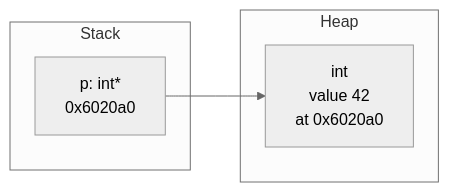
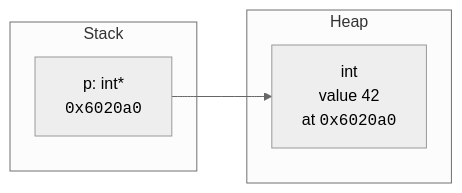
Before and after one commit to dataslope/dataslope: the first of 3 diagrams in content/learn/from-zero-to-cpp/dynamic-memory.mdx, drawn with Mermaid (neutral theme). The commit also changed 100 other files, not shown here.

First line of the commit message:
Wrap more code in diagram labels: filenames, hex, assignments, subgraph titles

````diff
--- a/content/learn/from-zero-to-cpp/dynamic-memory.mdx
+++ b/content/learn/from-zero-to-cpp/dynamic-memory.mdx
@@ -59,10 +59,10 @@
 ```mermaid
 flowchart LR
     subgraph Stack
-        P["p: int*<br/>0x6020a0"]
+        P["p: int*<br/><code>0x6020a0</code>"]
     end
     subgraph Heap
-        H["int<br/>value 42<br/>at 0x6020a0"]
+        H["int<br/>value 42<br/>at <code>0x6020a0</code>"]
     end
     P --> H
 ```
````
